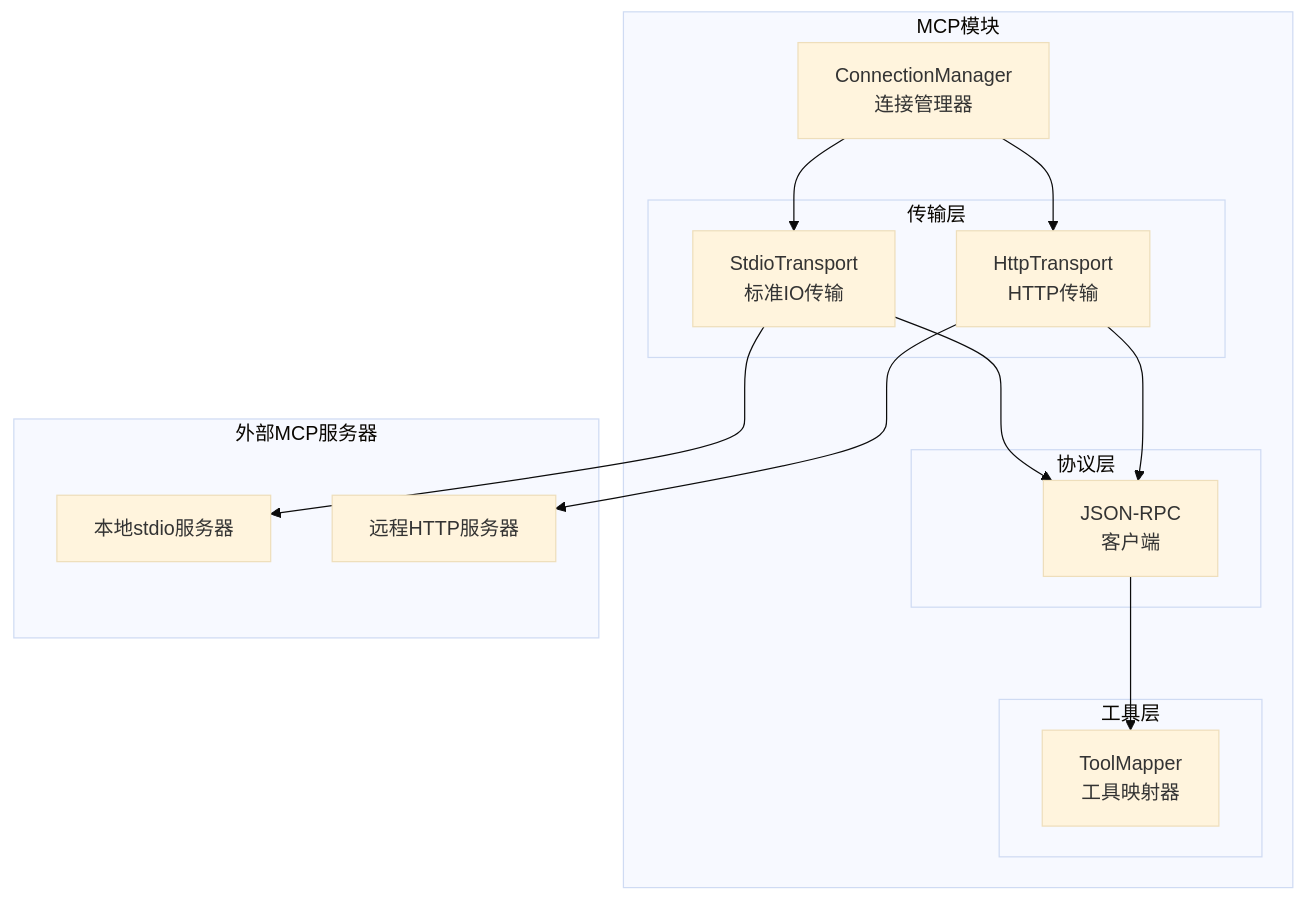
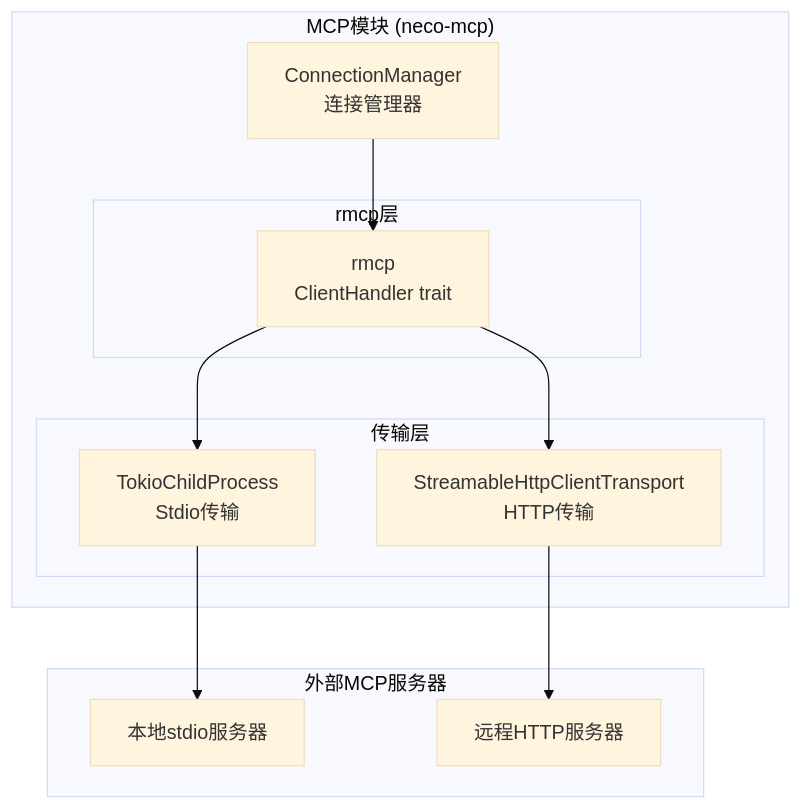
The diagram in progress/TECH-MCP.md (MiyakoMeow/neoco), drawn with Mermaid (base theme) before and after one commit. The commit also changed other lines of this file and 3 other files, not shown here.

````diff
--- a/progress/TECH-MCP.md
+++ b/progress/TECH-MCP.md
@@ -13,38 +15,28 @@
 ```mermaid
 graph TB
-    subgraph "MCP模块"
+    subgraph "MCP模块 (neco-mcp)"
         CM[ConnectionManager
             连接管理器]
         
-        subgraph "传输层"
-            ST[StdioTransport
-                标准IO传输]
-            HT[HttpTransport
-                HTTP传输]
+        subgraph "rmcp层"
+            RM[rmcp<br/>ClientHandler trait]
         end
         
-        subgraph "协议层"
-            JC[JSON-RPC
-                客户端]
-        end
-        
-        subgraph "工具层"
-            TM[ToolMapper
-                工具映射器]
+        subgraph "传输层"
+            ST[TokioChildProcess<br/>Stdio传输]
+            HT[StreamableHttpClientTransport<br/>HTTP传输]
         end
     end
     
     subgraph "外部MCP服务器"
         MS1[本地stdio服务器]
         MS2[远程HTTP服务器]
     end
     
-    CM --> ST
-    CM --> HT
-    ST --> JC
-    HT --> JC
-    JC --> TM
+    CM --> RM
+    RM --> ST
+    RM --> HT
     
     ST --> MS1
     HT --> MS2
 ```
````
